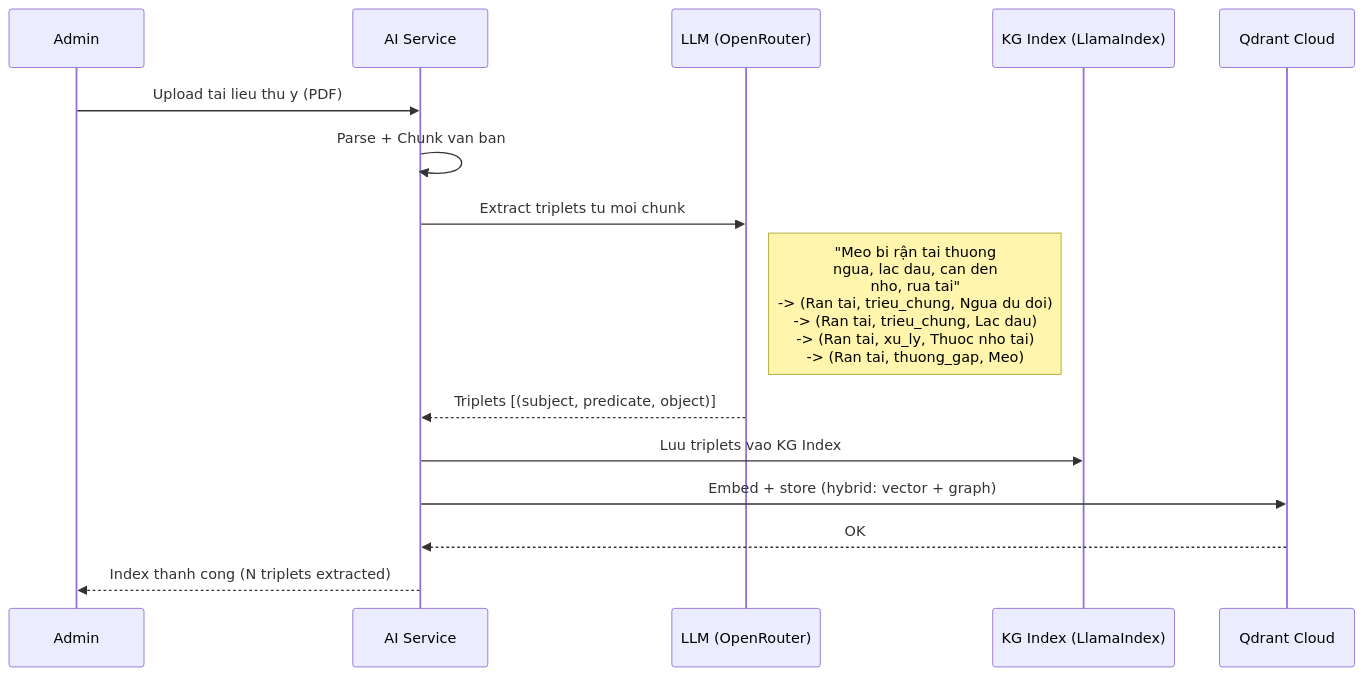
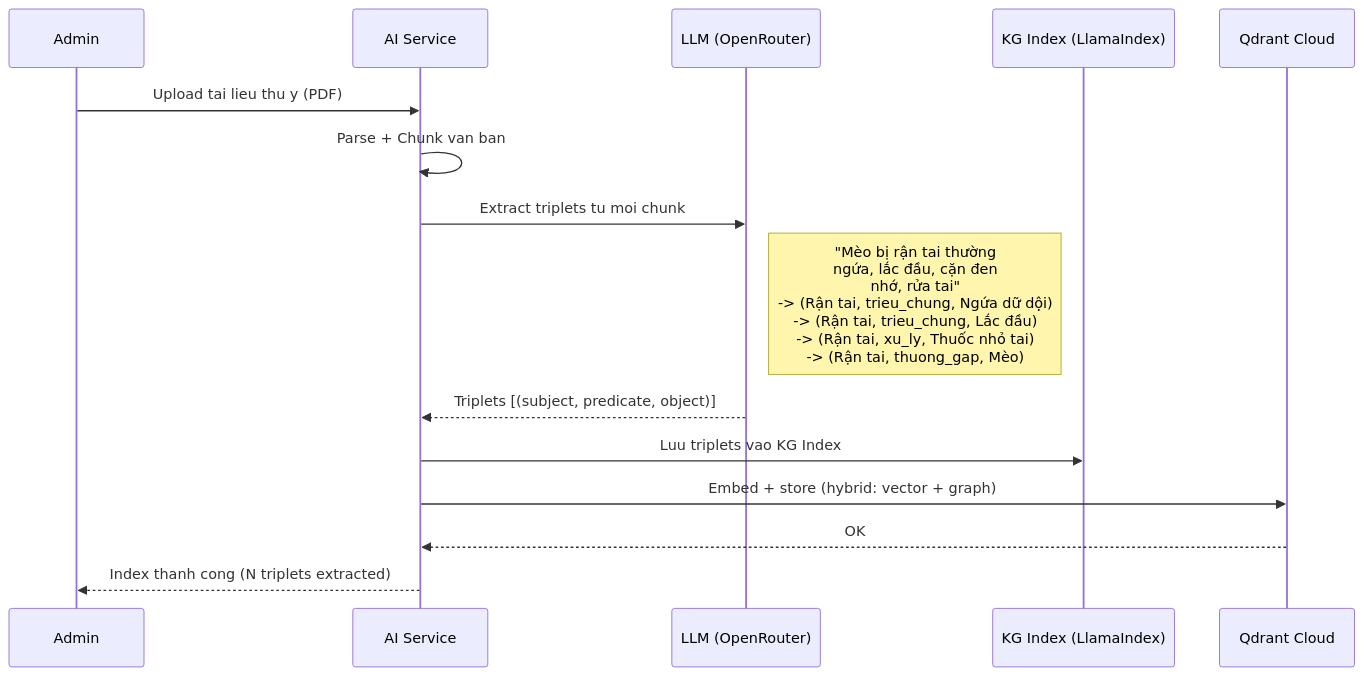
One commit to espresso23/Petties-Veterinary-Appointment-Booking-Platform changed the fourth of 11 diagrams in docs-references/documentation/AI_AGENT_DATA_IMPROVEMENT_STRATEGY.md. Above: the diagram before and after it, drawn with Mermaid. The commit also changed other lines of this file and 69 other files, not shown here.

````diff
--- a/docs-references/documentation/AI_AGENT_DATA_IMPROVEMENT_STRATEGY.md
+++ b/docs-references/documentation/AI_AGENT_DATA_IMPROVEMENT_STRATEGY.md
@@ -573,18 +573,18 @@
 ```mermaid
 sequenceDiagram
     participant Admin
     participant API as AI Service
     participant LLM as LLM (OpenRouter)
     participant KG as KG Index (LlamaIndex)
     participant Qdrant as Qdrant Cloud
 
     Admin->>API: Upload tai lieu thu y (PDF)
     API->>API: Parse + Chunk van ban
     API->>LLM: Extract triplets tu moi chunk
-    Note right of LLM: "Meo bi rận tai thuong<br/>ngua, lac dau, can den<br/>nho, rua tai"<br/>-> (Ran tai, trieu_chung, Ngua du doi)<br/>-> (Ran tai, trieu_chung, Lac dau)<br/>-> (Ran tai, xu_ly, Thuoc nho tai)<br/>-> (Ran tai, thuong_gap, Meo)
+    Note right of LLM: "Mèo bị rận tai thường<br/>ngứa, lắc đầu, cặn đen<br/>nhớ, rửa tai"<br/>-> (Rận tai, trieu_chung, Ngứa dữ dội)<br/>-> (Rận tai, trieu_chung, Lắc đầu)<br/>-> (Rận tai, xu_ly, Thuốc nhỏ tai)<br/>-> (Rận tai, thuong_gap, Mèo)
     LLM-->>API: Triplets [(subject, predicate, object)]
     API->>KG: Luu triplets vao KG Index
     API->>Qdrant: Embed + store (hybrid: vector + graph)
     Qdrant-->>API: OK
     API-->>Admin: Index thanh cong (N triplets extracted)
 ```
````
